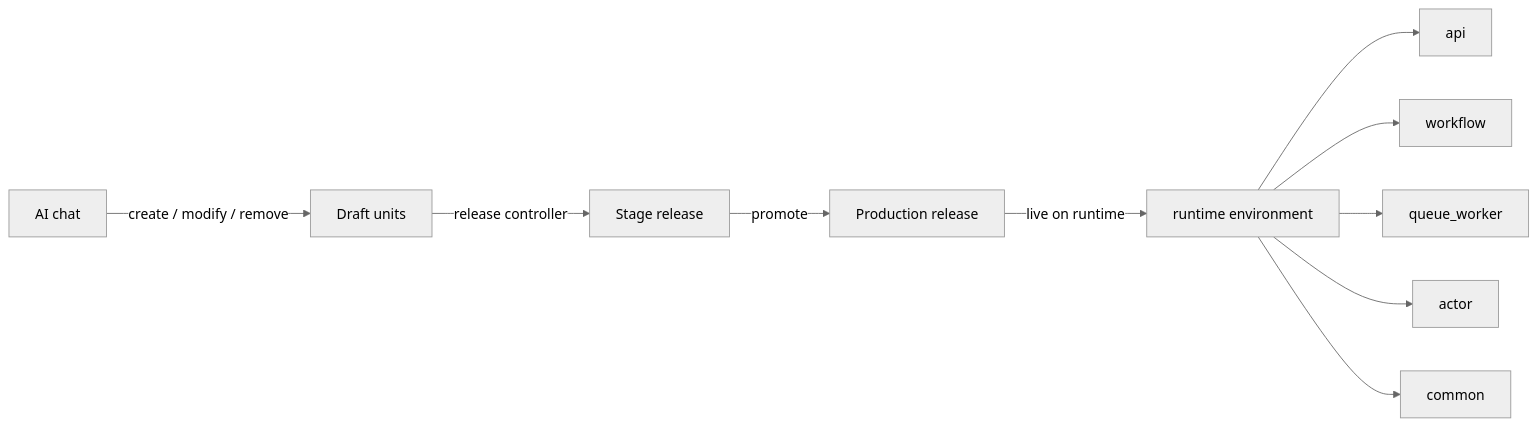
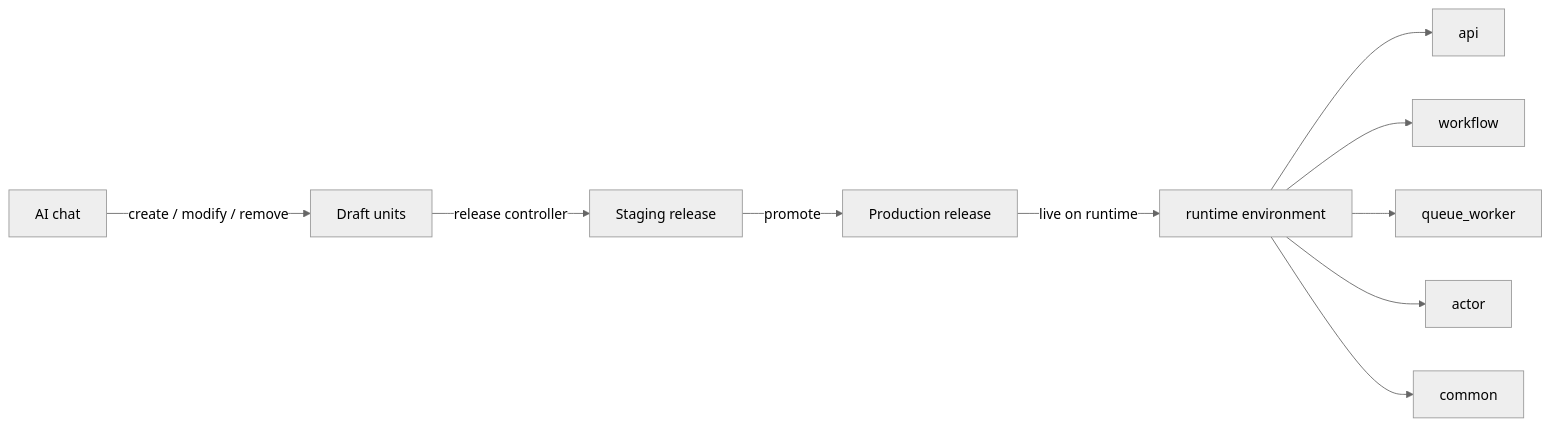
Before and after one commit to BaaSForge/baasforge-frontend-vite: the first of 3 diagrams in docs-site/app/platform/units/page.mdx, drawn with Mermaid (neutral theme). The commit also changed other lines of this file and 17 other files, not shown here.

````diff
--- a/docs-site/app/platform/units/page.mdx
+++ b/docs-site/app/platform/units/page.mdx
@@ -48,12 +48,12 @@
 ```mermaid
 flowchart LR
   Chat[AI chat] -->|create / modify / remove| Drafts[Draft units]
-  Drafts -->|release controller| Stage[Stage release]
+  Drafts -->|release controller| Stage[Staging release]
   Stage -->|promote| Prod[Production release]
   Prod -->|live on runtime| Exec[runtime environment]
   Exec --> API[api]
   Exec --> WF[workflow]
   Exec --> WQ[queue_worker]
   Exec --> AC[actor]
   Exec --> CM[common]
 ```
````
